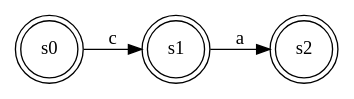
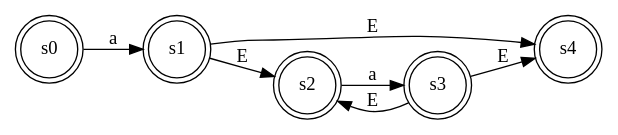
The diagram in AFN.gv (saritazavala/Automatas_Finitos), drawn with Graphviz before and after one commit. The commit also changed 3 other files, not shown here.

```diff
--- a/AFN.gv
+++ b/AFN.gv
@@ -1,8 +1,12 @@
 digraph finite_state_machine {
 	rankdir=LR size="8,5"
 	node [shape=doublecircle]
 	s0
-	s2
-	s0 -> s1 [label=c]
-	s1 -> s2 [label=a]
+	s4
+	s0 -> s1 [label=a]
+	s1 -> s2 [label=E]
+	s1 -> s4 [label=E]
+	s2 -> s3 [label=a]
+	s3 -> s2 [label=E]
+	s3 -> s4 [label=E]
 }
```
